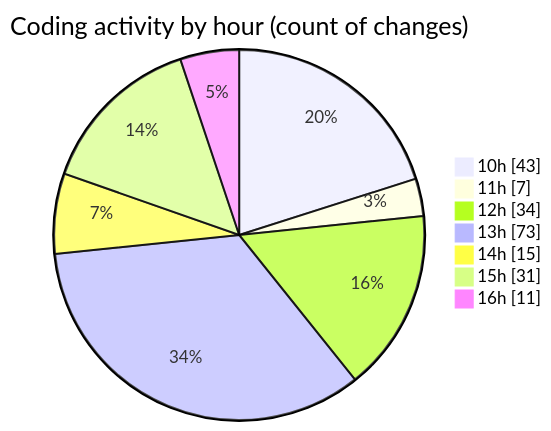
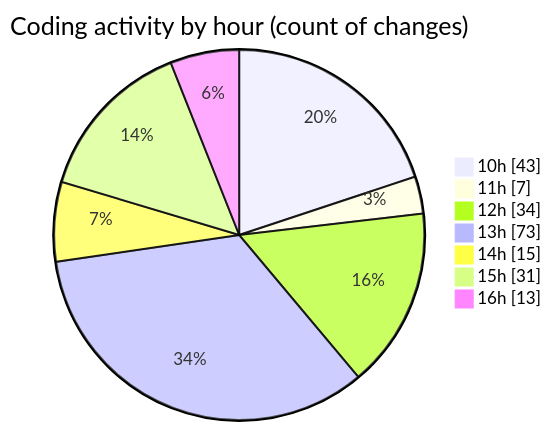
Before and after one commit to momahboobian/code-tracking: the second of 2 diagrams in 2025-10-29/cda/README.md, drawn with Mermaid. The commit also changed other lines of this file and 1 other file, not shown here.

````diff
--- a/2025-10-29/cda/README.md
+++ b/2025-10-29/cda/README.md
@@ -54,11 +55,11 @@
 ```mermaid
 pie showData
 title Coding activity by hour (count of changes)
 "10h" : 43
 "11h" : 7
 "12h" : 34
 "13h" : 73
 "14h" : 15
 "15h" : 31
-"16h" : 11
+"16h" : 13
 ```
````
